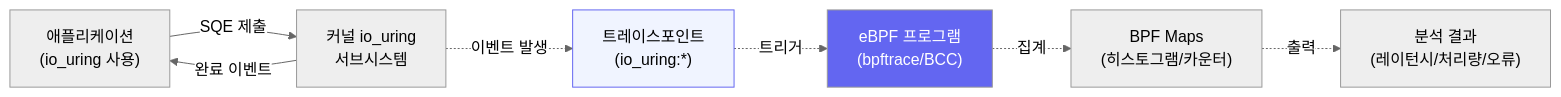
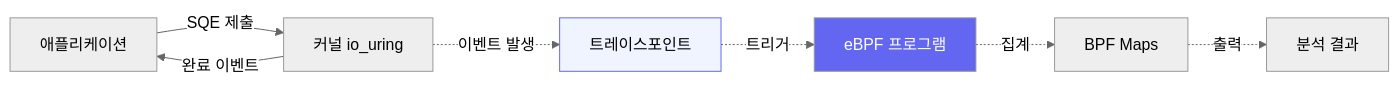
Before and after one commit to moonblueblue/devops-wiki: the fifth of 5 diagrams in content/linux/performance/io-uring.md, drawn with Mermaid (neutral theme). The commit also changed other lines of this file and 12 other files, not shown here.

First line of the commit message:
style: linux 섹션 전체 ASCII art 제거 및 Mermaid 규칙 적용

````diff
--- a/content/linux/performance/io-uring.md
+++ b/content/linux/performance/io-uring.md
@@ -790,19 +794,19 @@
 ```mermaid
 flowchart LR
-    App["애플리케이션\n(io_uring 사용)"]
-    Kernel["커널 io_uring\n서브시스템"]
-    TP["트레이스포인트\n(io_uring:*)"]
-    BPF["eBPF 프로그램\n(bpftrace/BCC)"]
-    Map["BPF Maps\n(히스토그램/카운터)"]
-    Out["분석 결과\n(레이턴시/처리량/오류)"]
+    App["애플리케이션"]
+    Kernel["커널 io_uring"]
+    TP["트레이스포인트"]
+    BPF["eBPF 프로그램"]
+    Map["BPF Maps"]
+    Out["분석 결과"]
 
     App -->|SQE 제출| Kernel
     Kernel -->|완료 이벤트| App
     Kernel -.->|이벤트 발생| TP
     TP -.->|트리거| BPF
     BPF -.->|집계| Map
     Map -.->|출력| Out
 
     style BPF fill:#6366f1,color:#fff
     style TP fill:#f0f4ff,stroke:#6366f1
 ```
````
